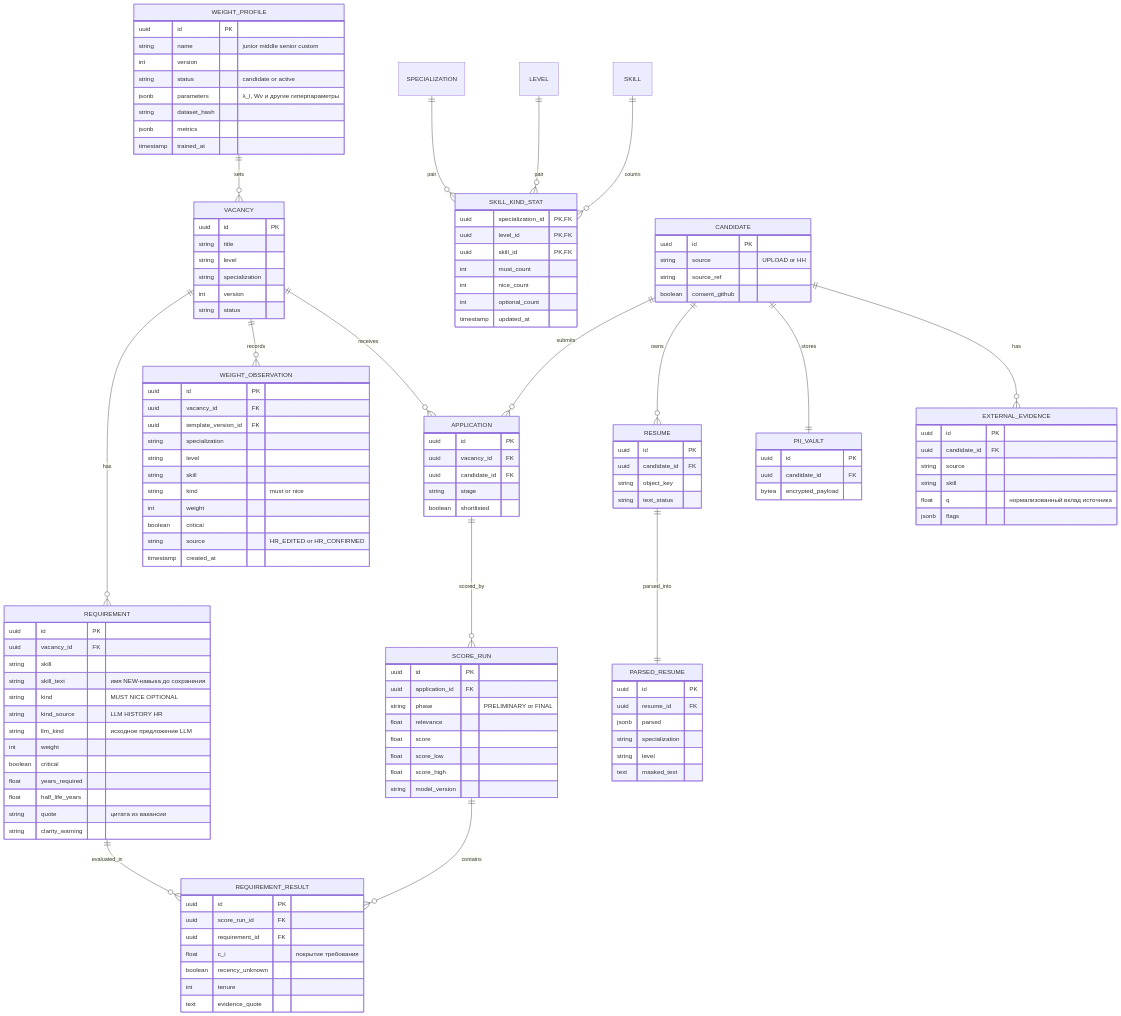
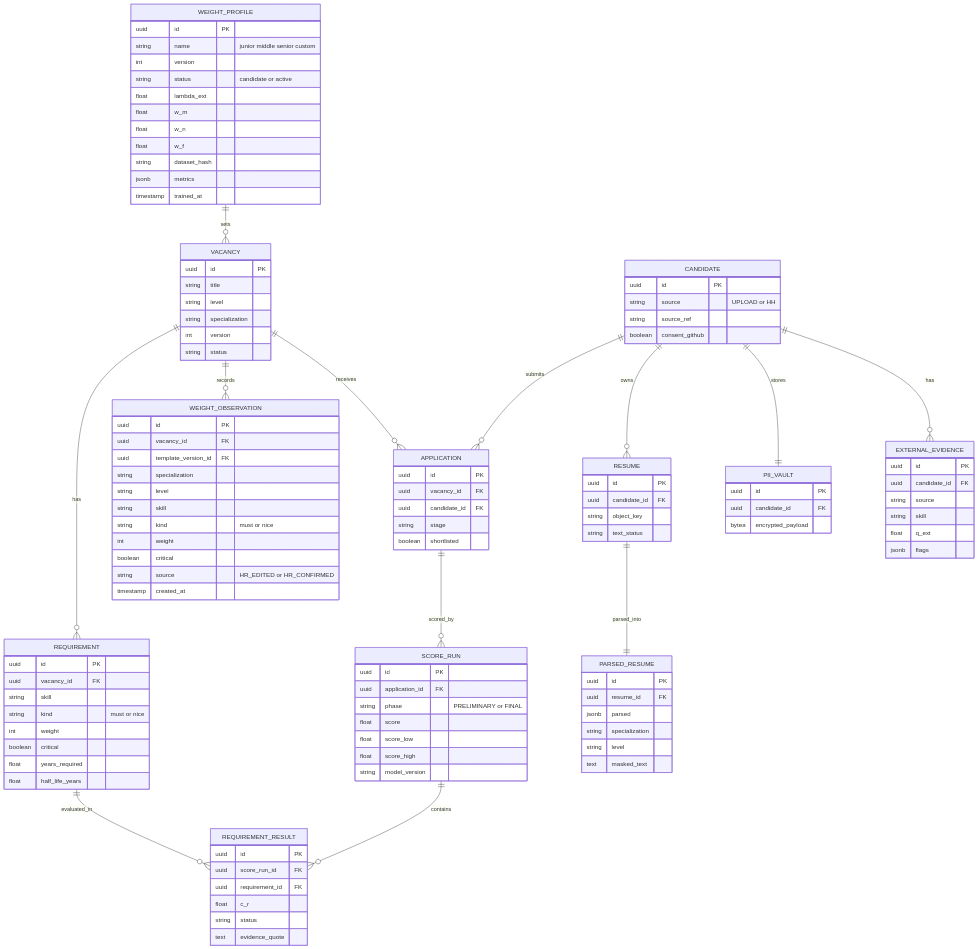
Before and after one commit to MiZentUi/tracing_ats: the seventh of 7 diagrams in README.md, drawn with Mermaid. The commit also changed other lines of this file and 131 other files, not shown here.

````diff
--- a/README.md
+++ b/README.md
@@ -486,9 +497,6 @@
 ```mermaid
 erDiagram
     VACANCY ||--o{ REQUIREMENT : has
-    SPECIALIZATION ||--o{ SKILL_KIND_STAT : pair
-    LEVEL ||--o{ SKILL_KIND_STAT : pair
-    SKILL ||--o{ SKILL_KIND_STAT : counts
     VACANCY ||--o{ WEIGHT_OBSERVATION : records
     WEIGHT_PROFILE ||--o{ VACANCY : sets
     VACANCY ||--o{ APPLICATION : receives
@@ -513,25 +521,11 @@
         uuid id PK
         uuid vacancy_id FK
         string skill
-        string skill_text "имя NEW-навыка до сохранения"
-        string kind "MUST NICE OPTIONAL"
-        string kind_source "LLM HISTORY HR"
-        string llm_kind "исходное предложение LLM"
+        string kind "must or nice"
         int weight
         boolean critical
         float years_required
         float half_life_years
-        string quote "цитата из вакансии"
-        string clarity_warning
-    }
-    SKILL_KIND_STAT {
-        uuid specialization_id PK,FK
-        uuid level_id PK,FK
-        uuid skill_id PK,FK
-        int must_count
-        int nice_count
-        int optional_count
-        timestamp updated_at
     }
     WEIGHT_OBSERVATION {
         uuid id PK
@@ -551,7 +545,10 @@
         string name "junior middle senior custom"
         int version
         string status "candidate or active"
-        jsonb parameters "λ_l, Wv и другие гиперпараметры"
+        float lambda_ext
+        float w_m
+        float w_n
+        float w_f
         string dataset_hash
         jsonb metrics
         timestamp trained_at
@@ -592,7 +589,6 @@
         uuid id PK
         uuid application_id FK
         string phase "PRELIMINARY or FINAL"
-        float relevance
         float score
         float score_low
         float score_high
@@ -602,9 +598,8 @@
         uuid id PK
         uuid score_run_id FK
         uuid requirement_id FK
-        float c_i "покрытие требования"
-        boolean recency_unknown
-        int tenure
+        float c_r
+        string status
         text evidence_quote
     }
     EXTERNAL_EVIDENCE {
@@ -612,7 +607,7 @@
         uuid candidate_id FK
         string source
         string skill
-        float q "нормализованный вклад источника"
+        float q_ext
         jsonb flags
     }
 ```
````
